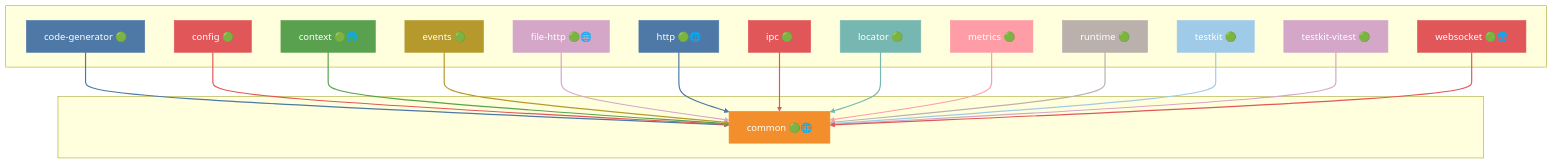
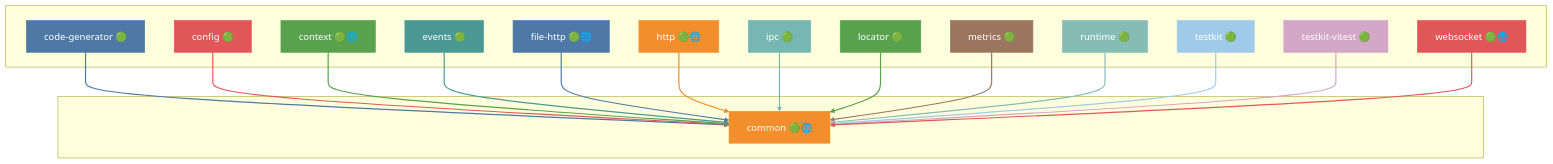
The third of 41 diagrams in docs/DEPENDENCIES.md (grest-ts/grest-ts), drawn with Mermaid before and after one commit. The commit also changed other lines of this file and 29 other files, not shown here.

````diff
--- a/docs/DEPENDENCIES.md
+++ b/docs/DEPENDENCIES.md
@@ -381,61 +381,61 @@
 ```mermaid
 flowchart TB
     subgraph Dependents[" "]
         code-generator["code-generator 🟢"]
         config["config 🟢"]
         context["context 🟢🌐"]
         events["events 🟢"]
         file-http["file-http 🟢🌐"]
         http["http 🟢🌐"]
         ipc["ipc 🟢"]
         locator["locator 🟢"]
         metrics["metrics 🟢"]
         runtime["runtime 🟢"]
         testkit["testkit 🟢"]
         testkit-vitest["testkit-vitest 🟢"]
         websocket["websocket 🟢🌐"]
     end
     subgraph Package[" "]
         common["common 🟢🌐"]
     end
     code-generator --> common
     config --> common
     context --> common
     events --> common
     file-http --> common
     http --> common
     ipc --> common
     locator --> common
     metrics --> common
     runtime --> common
     testkit --> common
     testkit-vitest --> common
     websocket --> common
     style common fill:#F28E2B,stroke:#F28E2B,color:#fff
     style code-generator fill:#4E79A7,stroke:#4E79A7,color:#fff
     style config fill:#E15759,stroke:#E15759,color:#fff
     style context fill:#59A14F,stroke:#59A14F,color:#fff
-    style events fill:#B6992D,stroke:#B6992D,color:#fff
-    style file-http fill:#D4A6C8,stroke:#D4A6C8,color:#fff
-    style http fill:#4E79A7,stroke:#4E79A7,color:#fff
-    style ipc fill:#E15759,stroke:#E15759,color:#fff
-    style locator fill:#76B7B2,stroke:#76B7B2,color:#fff
-    style metrics fill:#FF9DA7,stroke:#FF9DA7,color:#fff
-    style runtime fill:#BAB0AC,stroke:#BAB0AC,color:#fff
+    style events fill:#499894,stroke:#499894,color:#fff
+    style file-http fill:#4E79A7,stroke:#4E79A7,color:#fff
+    style http fill:#F28E2B,stroke:#F28E2B,color:#fff
+    style ipc fill:#76B7B2,stroke:#76B7B2,color:#fff
+    style locator fill:#59A14F,stroke:#59A14F,color:#fff
+    style metrics fill:#9C755F,stroke:#9C755F,color:#fff
+    style runtime fill:#86BCB6,stroke:#86BCB6,color:#fff
     style testkit fill:#A0CBE8,stroke:#A0CBE8,color:#fff
     style testkit-vitest fill:#D4A6C8,stroke:#D4A6C8,color:#fff
     style websocket fill:#E15759,stroke:#E15759,color:#fff
     linkStyle 0 stroke:#4E79A7,stroke-width:2px
     linkStyle 1 stroke:#E15759,stroke-width:2px
     linkStyle 2 stroke:#59A14F,stroke-width:2px
-    linkStyle 3 stroke:#B6992D,stroke-width:2px
-    linkStyle 4 stroke:#D4A6C8,stroke-width:2px
-    linkStyle 5 stroke:#4E79A7,stroke-width:2px
-    linkStyle 6 stroke:#E15759,stroke-width:2px
-    linkStyle 7 stroke:#76B7B2,stroke-width:2px
-    linkStyle 8 stroke:#FF9DA7,stroke-width:2px
-    linkStyle 9 stroke:#BAB0AC,stroke-width:2px
+    linkStyle 3 stroke:#499894,stroke-width:2px
+    linkStyle 4 stroke:#4E79A7,stroke-width:2px
+    linkStyle 5 stroke:#F28E2B,stroke-width:2px
+    linkStyle 6 stroke:#76B7B2,stroke-width:2px
+    linkStyle 7 stroke:#59A14F,stroke-width:2px
+    linkStyle 8 stroke:#9C755F,stroke-width:2px
+    linkStyle 9 stroke:#86BCB6,stroke-width:2px
     linkStyle 10 stroke:#A0CBE8,stroke-width:2px
     linkStyle 11 stroke:#D4A6C8,stroke-width:2px
     linkStyle 12 stroke:#E15759,stroke-width:2px
 ```
````
